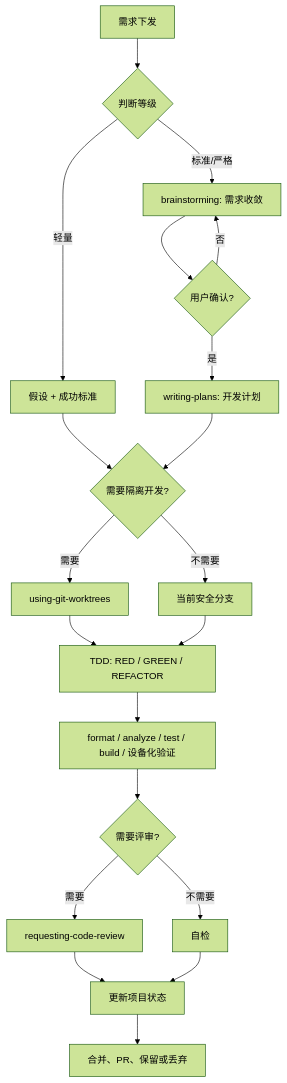
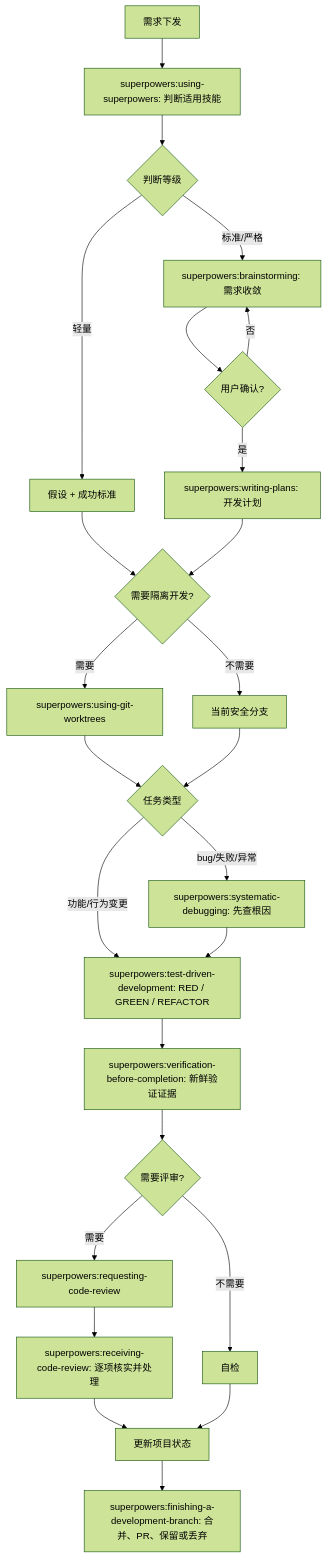
Before and after one commit to Txxyyy/showroom_flutter: the diagram in docs/mobile-development-workflow.md, drawn with Mermaid (forest theme). The commit also changed other lines of this file and 4 other files, not shown here.

````diff
--- a/docs/mobile-development-workflow.md
+++ b/docs/mobile-development-workflow.md
@@ -30,22 +30,27 @@
 ```mermaid
 flowchart TD
-  A["需求下发"] --> B{"判断等级"}
+  A["需求下发"] --> A1["superpowers:using-superpowers: 判断适用技能"]
+  A1 --> B{"判断等级"}
   B -- "轻量" --> C["假设 + 成功标准"]
-  B -- "标准/严格" --> D["brainstorming: 需求收敛"]
+  B -- "标准/严格" --> D["superpowers:brainstorming: 需求收敛"]
   D --> E{"用户确认?"}
   E -- "否" --> D
-  E -- "是" --> F["writing-plans: 开发计划"]
+  E -- "是" --> F["superpowers:writing-plans: 开发计划"]
   C --> G{"需要隔离开发?"}
   F --> G
-  G -- "需要" --> H["using-git-worktrees"]
+  G -- "需要" --> H["superpowers:using-git-worktrees"]
   G -- "不需要" --> I["当前安全分支"]
-  H --> J["TDD: RED / GREEN / REFACTOR"]
+  H --> J{"任务类型"}
   I --> J
-  J --> K["format / analyze / test / build / 设备化验证"]
+  J -- "功能/行为变更" --> T["superpowers:test-driven-development: RED / GREEN / REFACTOR"]
+  J -- "bug/失败/异常" --> S["superpowers:systematic-debugging: 先查根因"]
+  S --> T
+  T --> K["superpowers:verification-before-completion: 新鲜验证证据"]
   K --> L{"需要评审?"}
-  L -- "需要" --> M["requesting-code-review"]
+  L -- "需要" --> M["superpowers:requesting-code-review"]
   L -- "不需要" --> N["自检"]
-  M --> O["更新项目状态"]
+  M --> R["superpowers:receiving-code-review: 逐项核实并处理"]
+  R --> O["更新项目状态"]
   N --> O
-  O --> P["合并、PR、保留或丢弃"]
+  O --> P["superpowers:finishing-a-development-branch: 合并、PR、保留或丢弃"]
 ```
````
